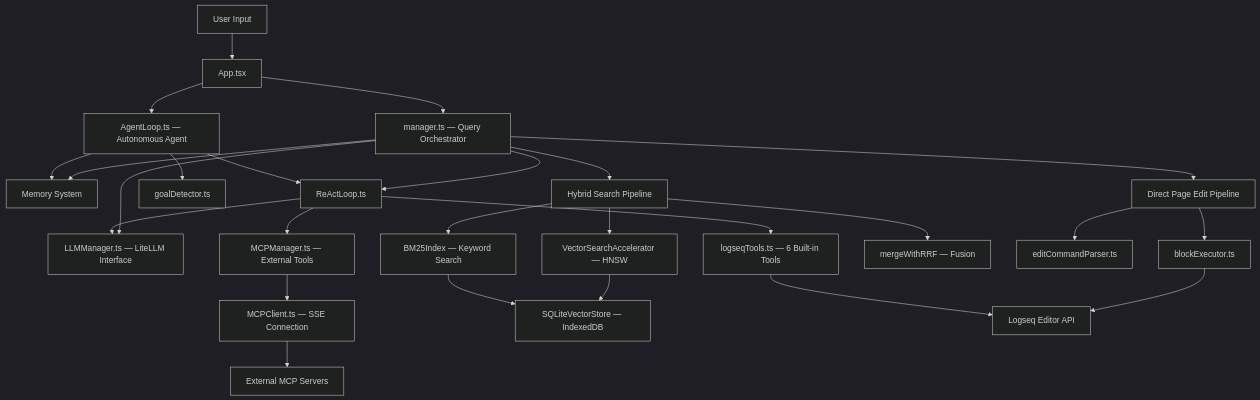
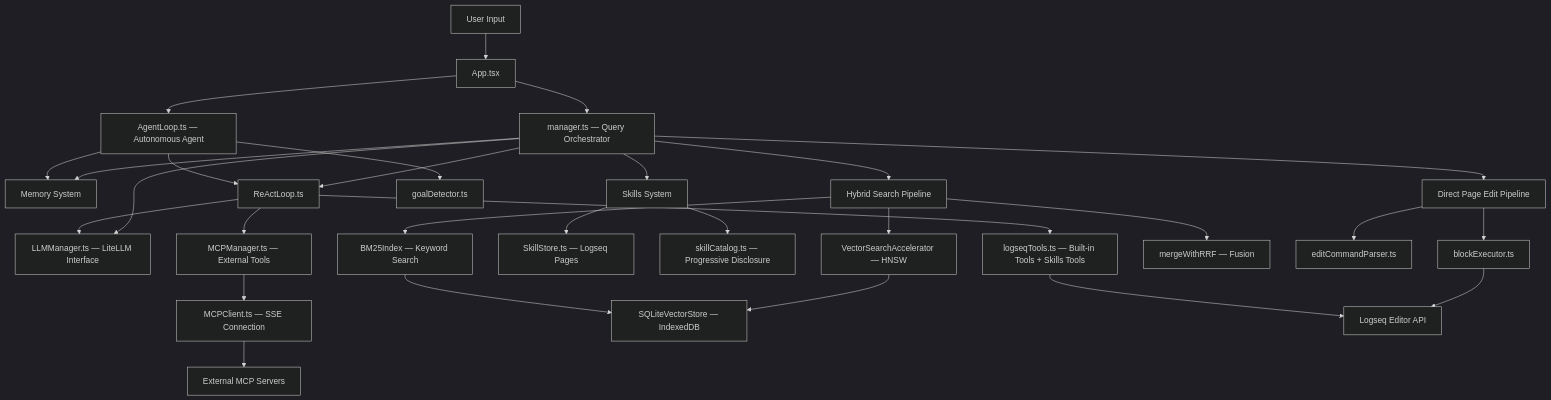
Before and after one commit to indraginanjar/logseq-mixer: the first of 3 diagrams in docs/technical/architecture.md, drawn with Mermaid (dark theme). The commit also changed 4 other files, not shown here.

````diff
--- a/docs/technical/architecture.md
+++ b/docs/technical/architecture.md
@@ -9,36 +9,40 @@
 ```mermaid
 graph TD
     User[User Input] --> App[App.tsx]
     App --> Manager[manager.ts — Query Orchestrator]
     App --> AgentLoop[AgentLoop.ts — Autonomous Agent]
     
     Manager --> Memory[Memory System]
     Manager --> ReAct[ReActLoop.ts]
     Manager --> LLM[LLMManager.ts — LiteLLM Interface]
+    Manager --> Skills[Skills System]
     
     AgentLoop --> GoalDetect[goalDetector.ts]
     AgentLoop --> ReAct
     AgentLoop --> Memory
     
-    ReAct --> LogseqTools[logseqTools.ts — 6 Built-in Tools]
+    ReAct --> LogseqTools[logseqTools.ts — Built-in Tools + Skills Tools]
     ReAct --> MCP[MCPManager.ts — External Tools]
     ReAct --> LLM
+    
+    Skills --> SkillStore[SkillStore.ts — Logseq Pages]
+    Skills --> SkillCatalog[skillCatalog.ts — Progressive Disclosure]
     
     MCP --> MCPClient[MCPClient.ts — SSE Connection]
     MCPClient --> SSEServer[External MCP Servers]
     
     Manager --> Retrieval[Hybrid Search Pipeline]
     Retrieval --> BM25[BM25Index — Keyword Search]
     Retrieval --> Vector[VectorSearchAccelerator — HNSW]
     Retrieval --> RRF[mergeWithRRF — Fusion]
     
     Vector --> SQLite[SQLiteVectorStore — IndexedDB]
     BM25 --> SQLite
     
     Manager --> EditMode[Direct Page Edit Pipeline]
     EditMode --> EditParser[editCommandParser.ts]
     EditMode --> BlockExec[blockExecutor.ts]
     BlockExec --> LogseqAPI[Logseq Editor API]
     
     LogseqTools --> LogseqAPI
 ```
````
